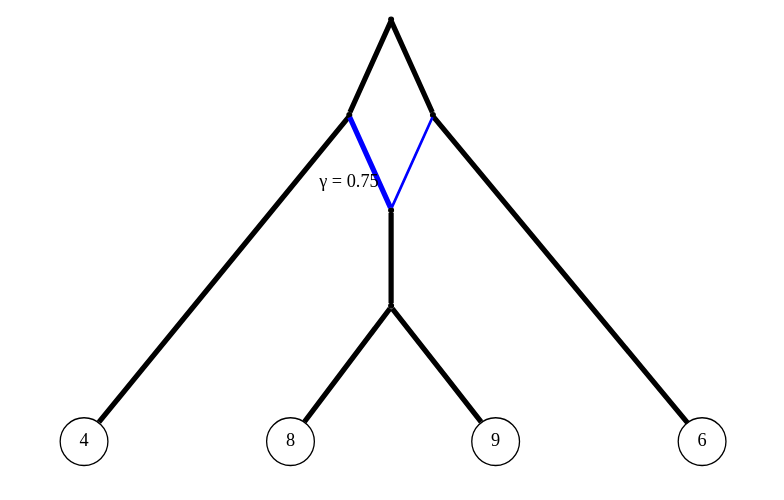
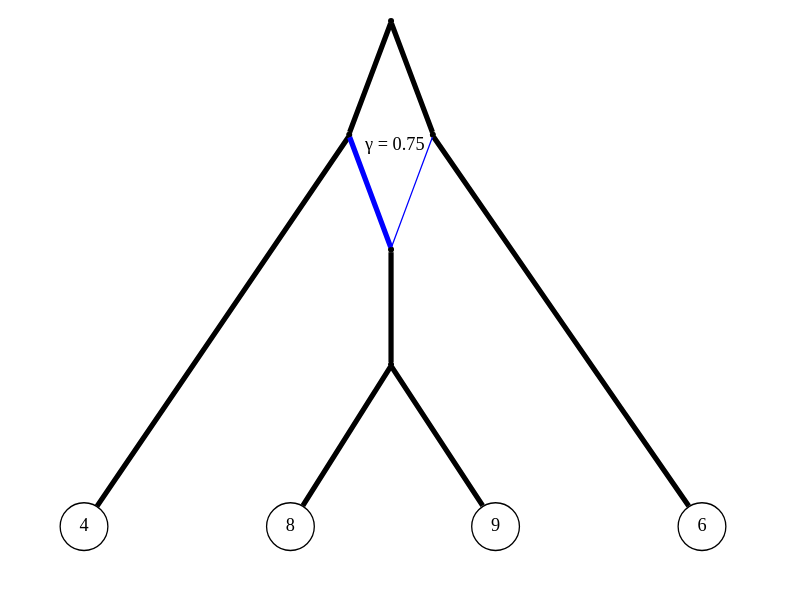
The diagram in visualization/drawCF.dot (JuliaPhylo/PhyloNetworks.jl), drawn with Graphviz before and after one commit. The commit also changed 5 other files, not shown here.

```diff
--- a/visualization/drawCF.dot
+++ b/visualization/drawCF.dot
@@ -1,22 +1,22 @@
 Graph { 
 labelloc=b 
     ratio="fill"; 
-    size="8,5"; 
+    size="8,6"; 
     node [shape = point] 
     rank=max 1 
      subgraph    { 4 , 6 , 8 , 9 } 
     4 [label=4] [shape = circle] [height = 0.1] 
     6 [label=6] [shape = circle] [height = 0.1] 
     8 [label=8] [shape = circle] [height = 0.1] 
     9 [label=9] [shape = circle] [height = 0.1] 
  
      1 -- 2 [penwidth=4]; 
      1 -- 3 [penwidth=4]; 
      2 -- 4 [penwidth=4]; 
-     2 -- 5 [color=blue] [penwidth=4] [taillabel=" &gamma; = 0.75"] [labeldistance = 5.0]; 
-     3 -- 5 [color=blue] [penwidth=2]; 
+     2 -- 5 [color=blue] [penwidth=4] [taillabel=" &gamma; = 0.75"] [labeldistance = 3.5] [labelangle=60.0]; 
+     3 -- 5 [color=blue] [penwidth=1]; 
      3 -- 6 [penwidth=4]; 
      5 -- 7 [penwidth=4]; 
      7 -- 8 [penwidth=4]; 
      7 -- 9 [penwidth=4]; 
 }
```
